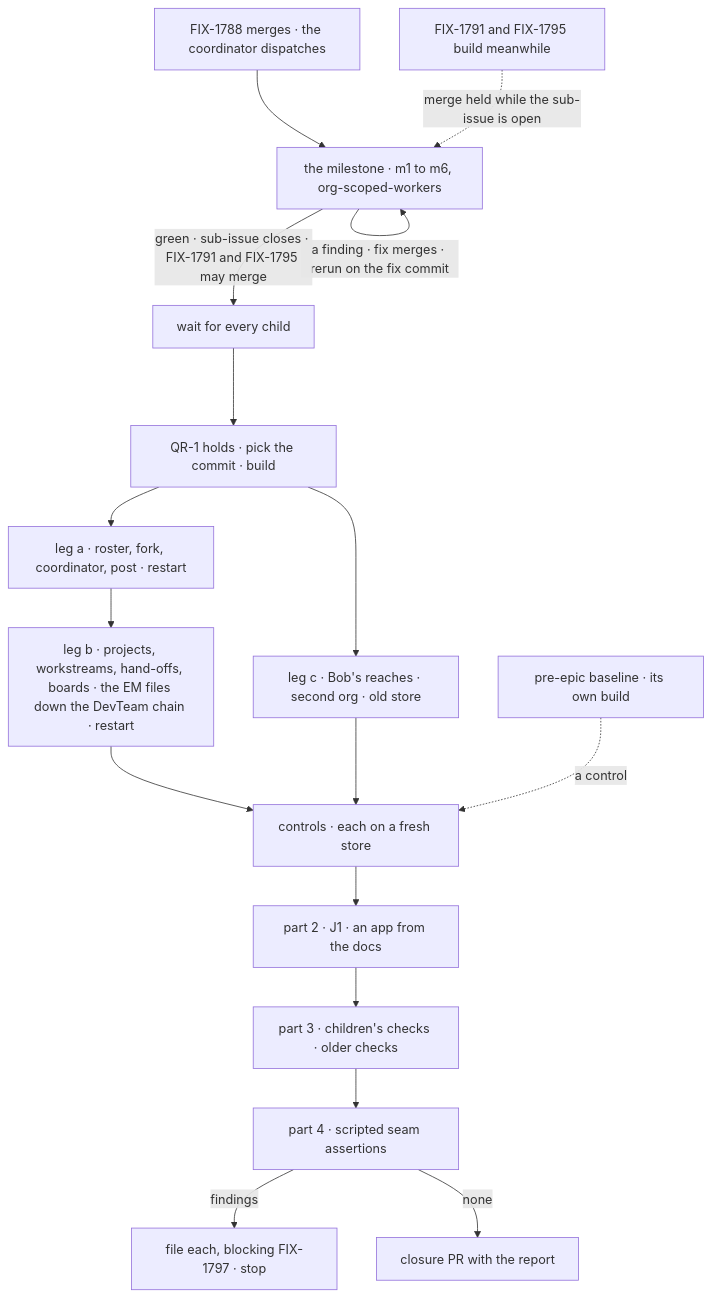
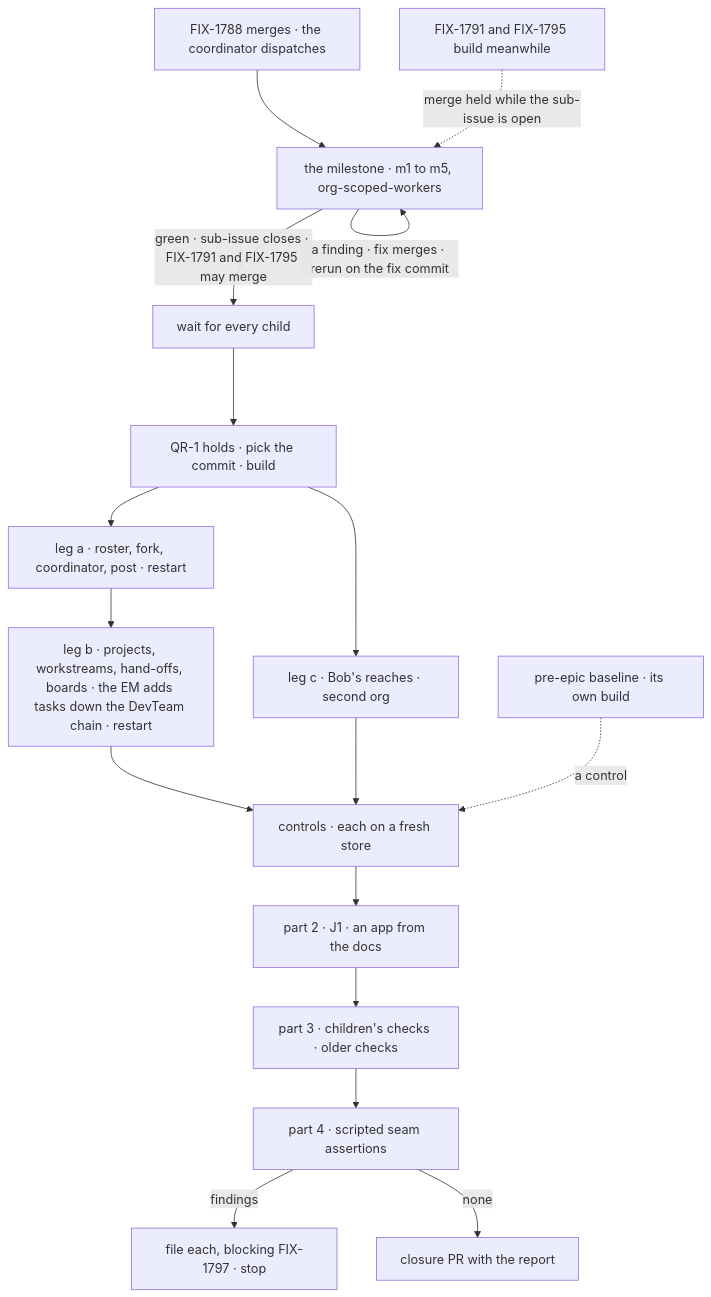
Before and after one commit to fixpoint-labs/flow-state-dev: the diagram in specs/issues/FIX-1797/PLAN.md, drawn with Mermaid. The commit also changed other lines of this file and 4 other files, not shown here.

````diff
--- a/specs/issues/FIX-1797/PLAN.md
+++ b/specs/issues/FIX-1797/PLAN.md
@@ -23,19 +23,19 @@
 ```mermaid
 flowchart TD
-  M0["FIX-1788 merges · the coordinator dispatches"] --> MS["the milestone · m1 to m6, org-scoped-workers"]
+  M0["FIX-1788 merges · the coordinator dispatches"] --> MS["the milestone · m1 to m5, org-scoped-workers"]
   MS -->|"a finding · fix merges · rerun on the fix commit"| MS
   MS -->|"green · sub-issue closes · FIX-1791 and FIX-1795 may merge"| W["wait for every child"]
   M1["FIX-1791 and FIX-1795 build meanwhile"] -.->|"merge held while the sub-issue is open"| MS
   W --> M["QR-1 holds · pick the commit · build"]
   M --> A["leg a · roster, fork, coordinator, post · restart"]
-  A --> B["leg b · projects, workstreams, hand-offs, boards · the EM files down the DevTeam chain · restart"]
-  M --> C["leg c · Bob's reaches · second org · old store"]
+  A --> B["leg b · projects, workstreams, hand-offs, boards · the EM adds tasks down the DevTeam chain · restart"]
+  M --> C["leg c · Bob's reaches · second org"]
   B --> K["controls · each on a fresh store"]
   C --> K
   T["pre-epic baseline · its own build"] -.->|"a control"| K
   K --> J["part 2 · J1 · an app from the docs"]
   J --> P3["part 3 · children's checks · older checks"]
   P3 --> P4["part 4 · scripted seam assertions"]
   P4 -->|"findings"| F["file each, blocking FIX-1797 · stop"]
   P4 -->|"none"| PR["closure PR with the report"]
 ```
````
